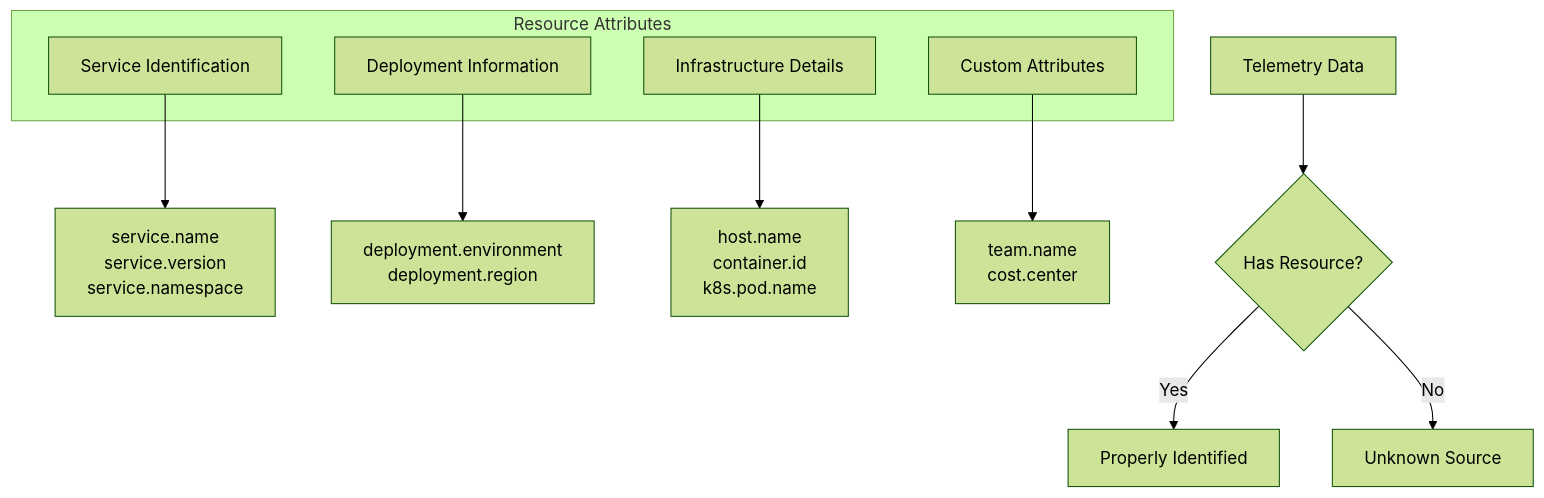
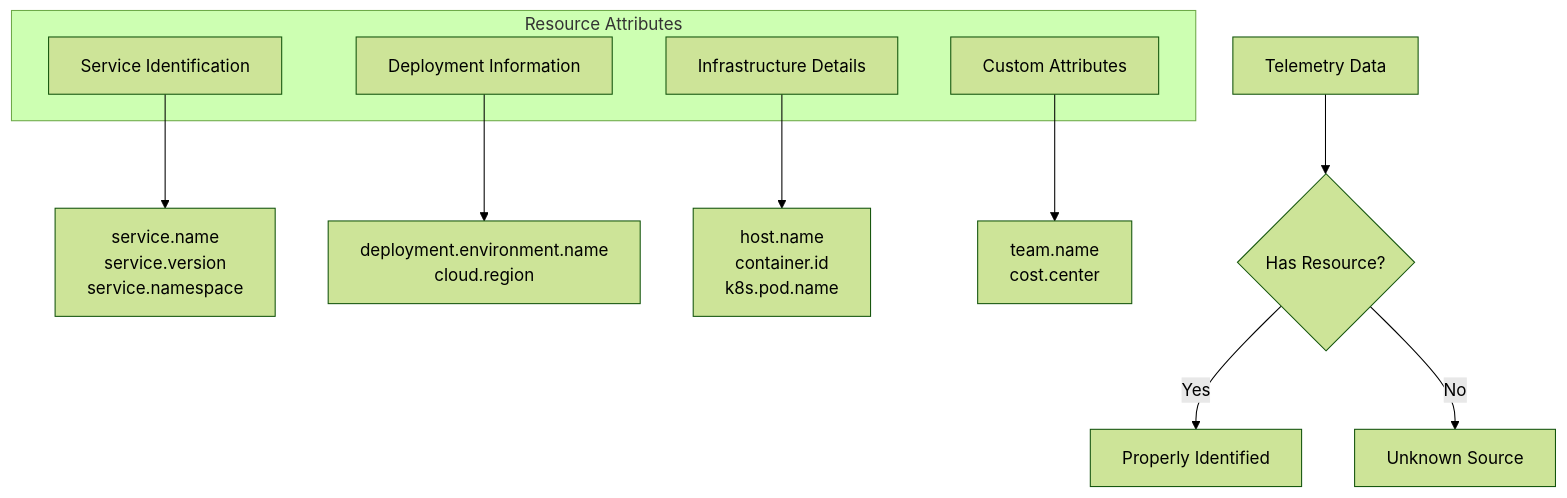
Before and after one commit to OneUptime/blog: the first of 2 diagrams in posts/2026-01-24-opentelemetry-resource-attributes-missing/README.md, drawn with Mermaid (forest theme). The commit also changed other lines of this file and 1 other file, not shown here.

````diff
--- a/posts/2026-01-24-opentelemetry-resource-attributes-missing/README.md
+++ b/posts/2026-01-24-opentelemetry-resource-attributes-missing/README.md
@@ -17,18 +17,18 @@
 ```mermaid
 graph TD
     subgraph "Resource Attributes"
         A[Service Identification]
         B[Deployment Information]
         C[Infrastructure Details]
         D[Custom Attributes]
     end
 
     A --> A1["service.name<br/>service.version<br/>service.namespace"]
-    B --> B1["deployment.environment<br/>deployment.region"]
+    B --> B1["deployment.environment.name<br/>cloud.region"]
     C --> C1["host.name<br/>container.id<br/>k8s.pod.name"]
     D --> D1["team.name<br/>cost.center"]
 
     E[Telemetry Data] --> F{Has Resource?}
     F -->|Yes| G[Properly Identified]
     F -->|No| H[Unknown Source]
 ```
````
